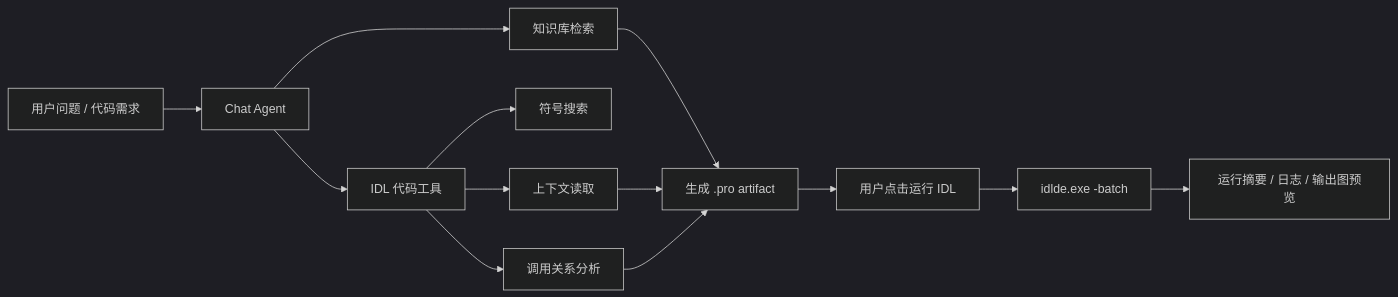
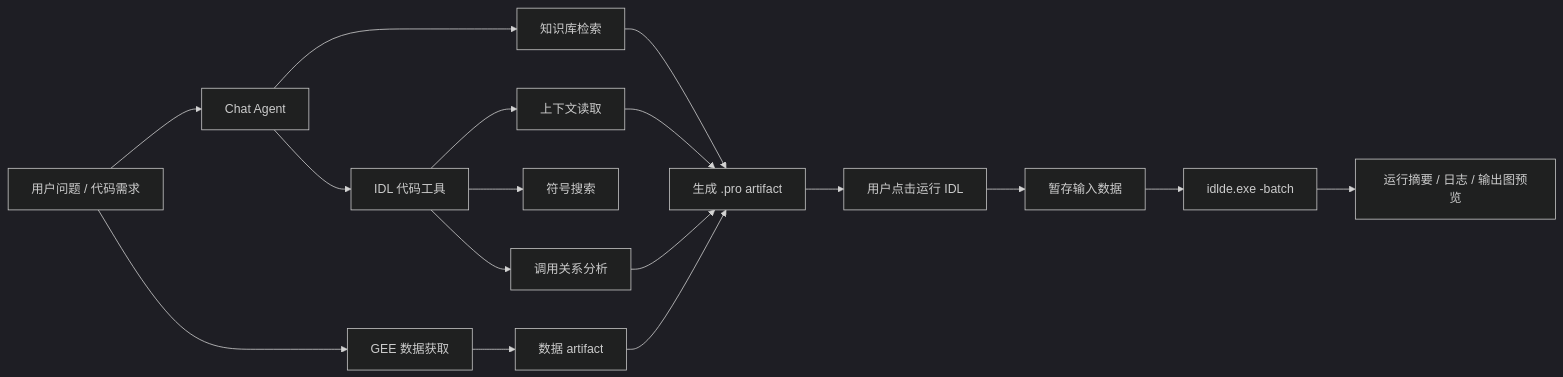
The first of 3 diagrams in README.md (GeoSyntax/idl-rag), drawn with Mermaid (dark theme) before and after one commit. The commit also changed other lines of this file and 16 other files, not shown here.

First line of the commit message:
Add GEE-backed IDL artifact workflow

````diff
--- a/README.md
+++ b/README.md
@@ -71,15 +73,19 @@
 ```mermaid
 flowchart LR
   Ask[用户问题 / 代码需求] --> Agent[Chat Agent]
   Agent --> Search[知识库检索]
   Agent --> Tools[IDL 代码工具]
+  Ask --> GEE[GEE 数据获取]
+  GEE --> Data[数据 artifact]
   Tools --> Symbol[符号搜索]
   Tools --> Context[上下文读取]
   Tools --> Calls[调用关系分析]
   Search --> Pro[生成 .pro artifact]
   Context --> Pro
   Calls --> Pro
+  Data --> Pro
   Pro --> Click[用户点击运行 IDL]
-  Click --> Batch[idlde.exe -batch]
+  Click --> Stage[暂存输入数据]
+  Stage --> Batch[idlde.exe -batch]
   Batch --> Result[运行摘要 / 日志 / 输出图预览]
 ```
````
